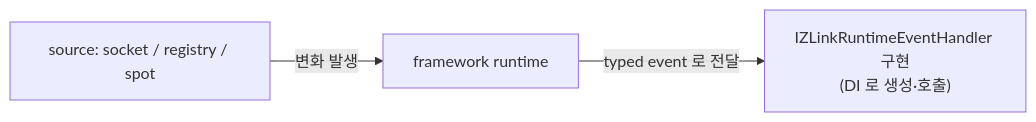
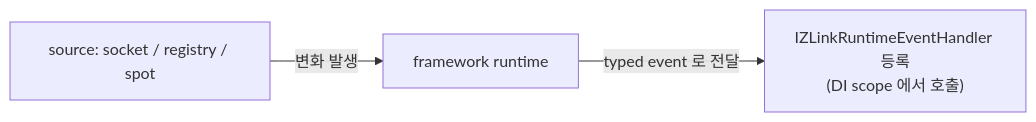
One commit to kairos-code-dev/zlink changed the diagram in framework/languages/dotnet/doc/guide/09-monitoring.ko.md. Above: the diagram before and after it, drawn with Mermaid. The commit also changed other lines of this file and 32 other files, not shown here.

````diff
--- a/framework/languages/dotnet/doc/guide/09-monitoring.ko.md
+++ b/framework/languages/dotnet/doc/guide/09-monitoring.ko.md
@@ -33,5 +33,5 @@
 ```mermaid
 flowchart LR
   SRC["source: socket / registry / spot"] -->|"변화 발생"| FW["framework runtime"]
-  FW -->|"typed event 로 전달"| H["IZLinkRuntimeEventHandler 구현<br/>(DI 로 생성·호출)"]
+  FW -->|"typed event 로 전달"| H["IZLinkRuntimeEventHandler 등록<br/>(DI scope 에서 호출)"]
 ```
````
